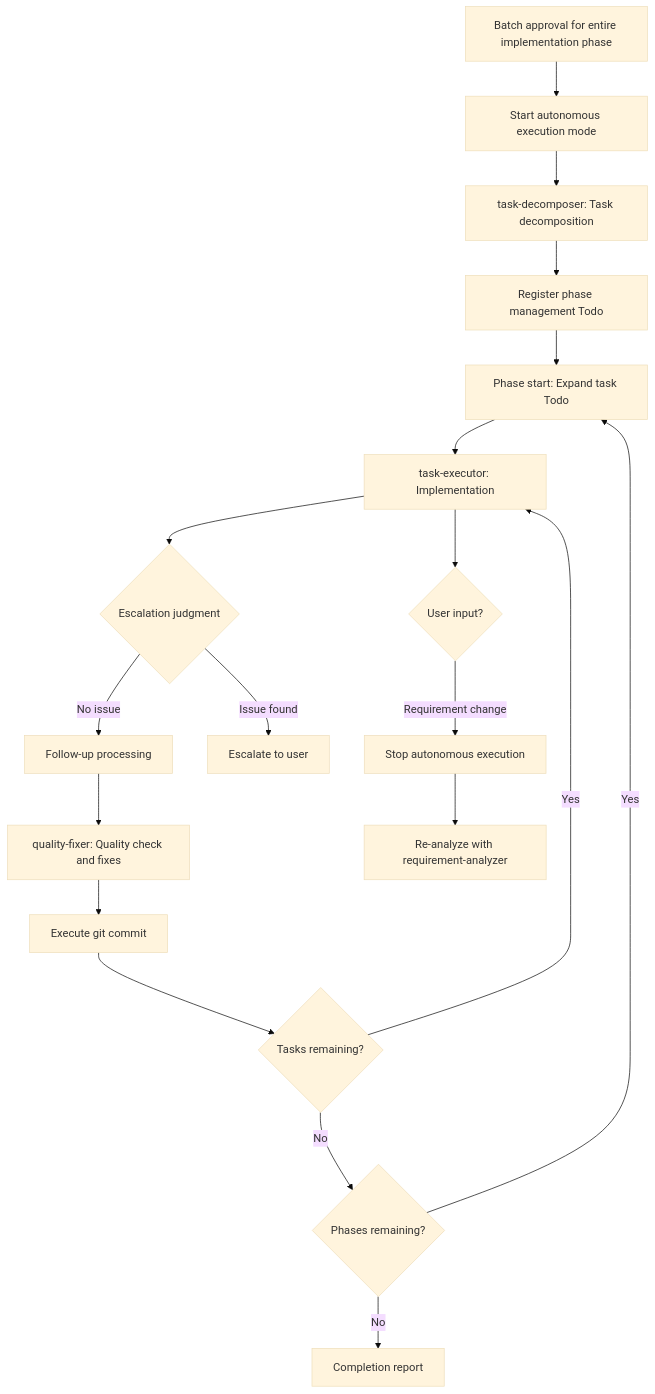
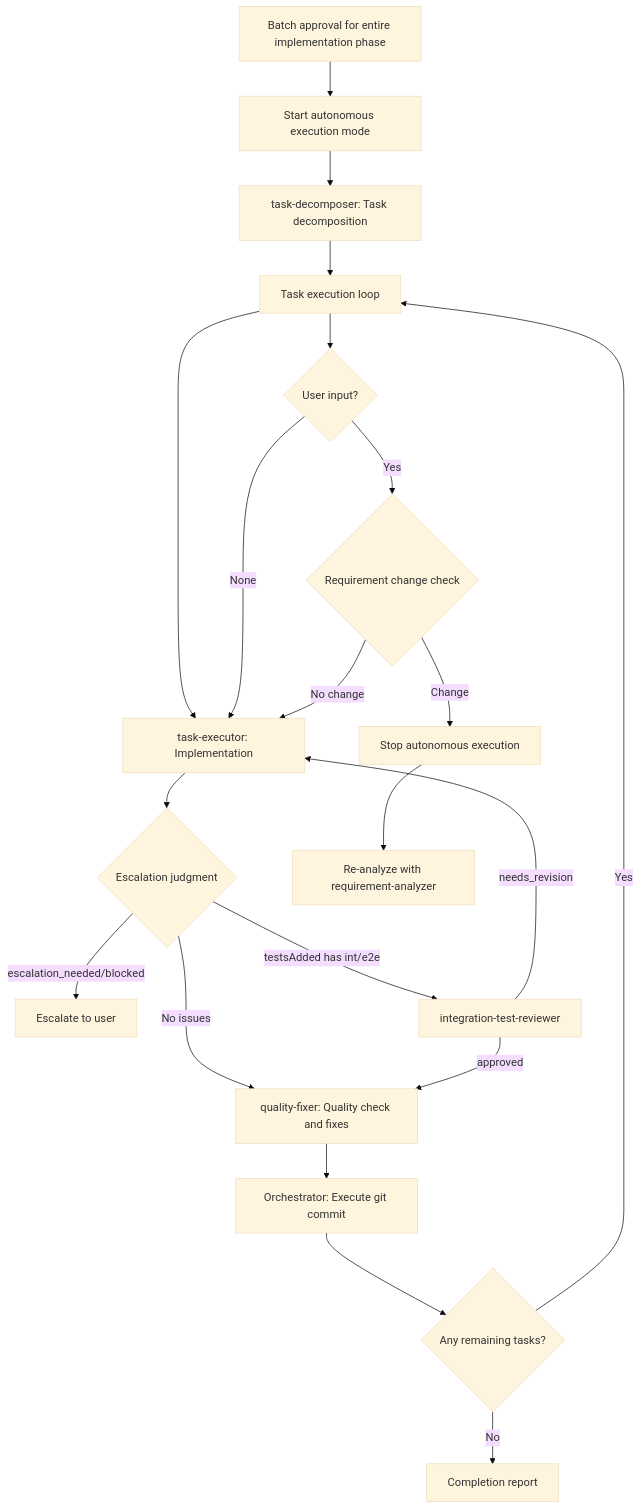
One commit to shinpr/ai-coding-project-boilerplate changed the second of 2 diagrams in .claude/skills-en/subagents-orchestration-guide/SKILL.md. Above: the diagram before and after it, drawn with Mermaid (base theme). The commit also changed other lines of this file and 14 other files, not shown here.

````diff
--- a/.claude/skills-en/subagents-orchestration-guide/SKILL.md
+++ b/.claude/skills-en/subagents-orchestration-guide/SKILL.md
@@ -142,22 +142,24 @@
 ```mermaid
 graph TD
     START[Batch approval for entire implementation phase] --> AUTO[Start autonomous execution mode]
     AUTO --> TD[task-decomposer: Task decomposition]
-    TD --> PHASE[Register phase management Todo]
-    PHASE --> PSTART[Phase start: Expand task Todo]
-    PSTART --> TE[task-executor: Implementation]
-    TE --> ESC{Escalation judgment}
-    ESC -->|No issue| FOLLOW[Follow-up processing]
-    ESC -->|Issue found| STOP[Escalate to user]
-    FOLLOW --> QF[quality-fixer: Quality check and fixes]
-    QF --> COMMIT[Execute git commit]
-    COMMIT --> TCHECK{Tasks remaining?}
-    TCHECK -->|Yes| TE
-    TCHECK -->|No| PCHECK{Phases remaining?}
-    PCHECK -->|Yes| PSTART
-    PCHECK -->|No| REPORT[Completion report]
+    TD --> LOOP[Task execution loop]
+    LOOP --> TE[task-executor: Implementation]
+    TE --> ESCJUDGE{Escalation judgment}
+    ESCJUDGE -->|escalation_needed/blocked| USERESC[Escalate to user]
+    ESCJUDGE -->|testsAdded has int/e2e| ITR[integration-test-reviewer]
+    ESCJUDGE -->|No issues| QF
+    ITR -->|needs_revision| TE
+    ITR -->|approved| QF
+    QF[quality-fixer: Quality check and fixes] --> COMMIT[Orchestrator: Execute git commit]
+    COMMIT --> CHECK{Any remaining tasks?}
+    CHECK -->|Yes| LOOP
+    CHECK -->|No| REPORT[Completion report]
 
-    TE --> INTERRUPT{User input?}
-    INTERRUPT -->|Requirement change| STOP2[Stop autonomous execution]
-    STOP2 --> RA[Re-analyze with requirement-analyzer]
+    LOOP --> INTERRUPT{User input?}
+    INTERRUPT -->|None| TE
+    INTERRUPT -->|Yes| REQCHECK{Requirement change check}
+    REQCHECK -->|No change| TE
+    REQCHECK -->|Change| STOP[Stop autonomous execution]
+    STOP --> RA[Re-analyze with requirement-analyzer]
 ```
````
